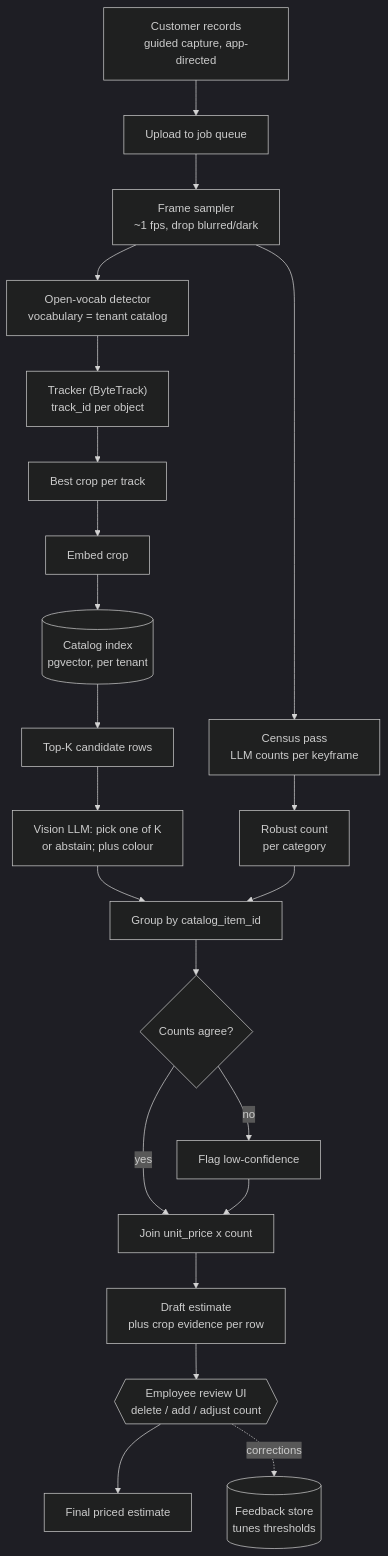
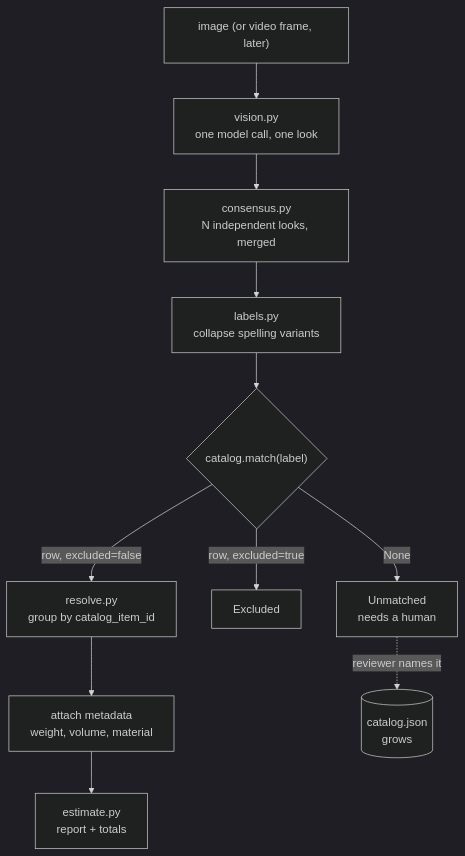
The diagram in documentation/other/Recycling_Estimator_TODO.md (KashouMMT/llm-system), drawn with Mermaid (dark theme) before and after one commit. The commit also changed other lines of this file and 37 other files, not shown here.

````diff
--- a/documentation/other/Recycling_Estimator_TODO.md
+++ b/documentation/other/Recycling_Estimator_TODO.md
@@ -210,28 +191,13 @@
 ```mermaid
 flowchart TD
-    A["Customer records<br/>guided capture, app-directed"] --> B["Upload to job queue"]
-    B --> C["Frame sampler<br/>~1 fps, drop blurred/dark"]
-
-    C --> D["Open-vocab detector<br/>vocabulary = tenant catalog"]
-    D --> E["Tracker (ByteTrack)<br/>track_id per object"]
-    E --> F["Best crop per track"]
-    F --> G["Embed crop"]
-    G --> H[("Catalog index<br/>pgvector, per tenant")]
-    H --> I["Top-K candidate rows"]
-    I --> J["Vision LLM: pick one of K<br/>or abstain; plus colour"]
-    J --> K["Group by catalog_item_id"]
-
-    C --> P["Census pass<br/>LLM counts per keyframe"]
-    P --> Q["Robust count<br/>per category"]
-    Q --> K
-
-    K --> R{"Counts agree?"}
-    R -->|yes| L["Join unit_price x count"]
-    R -->|no| S["Flag low-confidence"]
-    S --> L
-
-    L --> M["Draft estimate<br/>plus crop evidence per row"]
-    M --> N{{"Employee review UI<br/>delete / add / adjust count"}}
-    N --> O["Final priced estimate"]
-    N -.corrections.-> T[("Feedback store<br/>tunes thresholds")]
+    A["image (or video frame, later)"] --> B["vision.py<br/>one model call, one look"]
+    B --> C["consensus.py<br/>N independent looks, merged"]
+    C --> D["labels.py<br/>collapse spelling variants"]
+    D --> E{"catalog.match(label)"}
+    E -->|"row, excluded=false"| F["resolve.py<br/>group by catalog_item_id"]
+    E -->|"row, excluded=true"| G["Excluded"]
+    E -->|"None"| H["Unmatched<br/>needs a human"]
+    F --> I["attach metadata<br/>weight, volume, material"]
+    I --> J["estimate.py<br/>report + totals"]
+    H -.reviewer names it.-> K[("catalog.json<br/>grows")]
 ```
````
